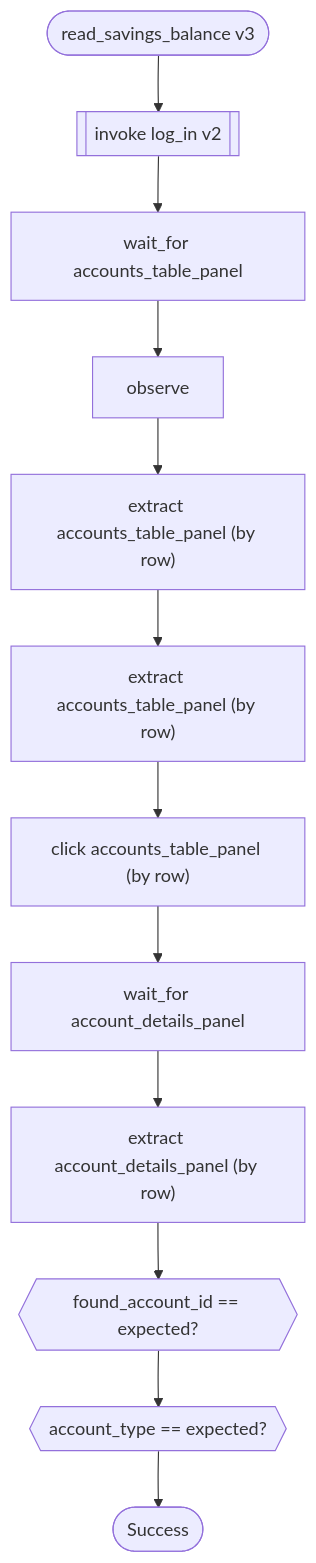
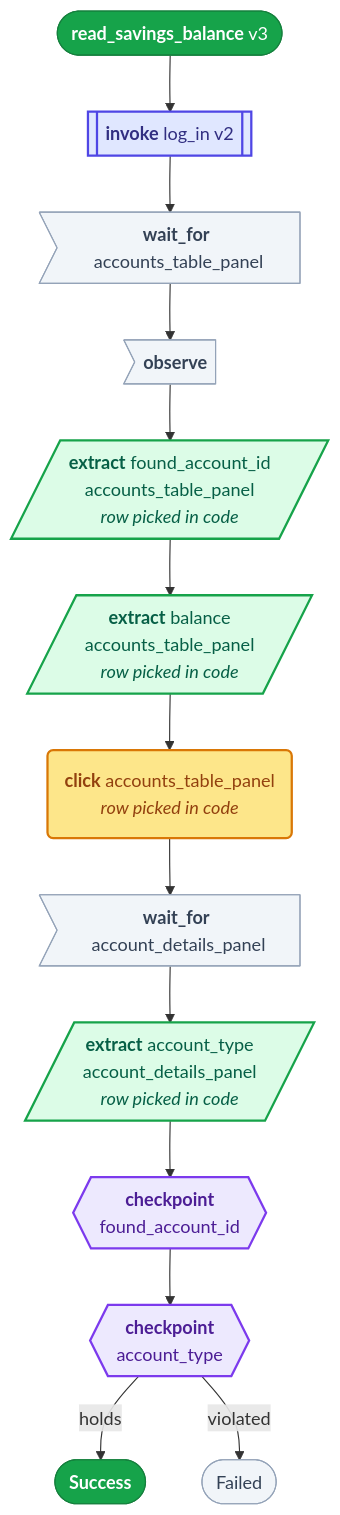
The first of 5 diagrams in CAPABILITIES.md (borisdev/ai_computer_use), drawn with Mermaid before and after one commit. The commit also changed other lines of this file and 4 other files, not shown here.

````diff
--- a/CAPABILITIES.md
+++ b/CAPABILITIES.md
@@ -38,26 +68,35 @@
 ```mermaid
 flowchart TD
-    start(["read_savings_balance v3"])
-    n0[["invoke log_in v2"]]
+    start(["<b>read_savings_balance</b> v3"]):::good
+    n0[["<b>invoke</b> log_in v2"]]:::invoke
     start --> n0
-    n1["wait_for accounts_table_panel"]
+    n1>"<b>wait_for</b> accounts_table_panel"]:::look
     n0 --> n1
-    n2["observe"]
+    n2>"<b>observe</b> "]:::look
     n1 --> n2
-    n3["extract accounts_table_panel (by row)"]
+    n3[/"<b>extract</b> found_account_id<br/>accounts_table_panel<br/><i>row picked in code</i>"/]:::read
     n2 --> n3
-    n4["extract accounts_table_panel (by row)"]
+    n4[/"<b>extract</b> balance<br/>accounts_table_panel<br/><i>row picked in code</i>"/]:::read
     n3 --> n4
-    n5["click accounts_table_panel (by row)"]
+    n5("<b>click</b> accounts_table_panel<br/><i>row picked in code</i>"):::act
     n4 --> n5
-    n6["wait_for account_details_panel"]
+    n6>"<b>wait_for</b> account_details_panel"]:::look
     n5 --> n6
-    n7["extract account_details_panel (by row)"]
+    n7[/"<b>extract</b> account_type<br/>account_details_panel<br/><i>row picked in code</i>"/]:::read
     n6 --> n7
-    chk0{{"found_account_id == expected?"}}
+    chk0{{"<b>checkpoint</b><br/>found_account_id"}}:::check
     n7 --> chk0
-    chk1{{"account_type == expected?"}}
+    chk1{{"<b>checkpoint</b><br/>account_type"}}:::check
     chk0 --> chk1
-    done(["Success"])
-    chk1 --> done
+    ok(["<b>Success</b>"]):::good
+    chk1 -- holds --> ok
+    bad(["Failed"]):::stop
+    chk1 -- violated --> bad
+    classDef invoke fill:#e0e7ff,stroke:#4f46e5,stroke-width:2px,color:#312e81;
+    classDef act fill:#fde68a,stroke:#d97706,stroke-width:2px,color:#92400e;
+    classDef look fill:#f1f5f9,stroke:#94a3b8,color:#334155;
+    classDef read fill:#dcfce7,stroke:#16a34a,stroke-width:2px,color:#065f46;
+    classDef check fill:#ede9fe,stroke:#7c3aed,stroke-width:2px,color:#4c1d95;
+    classDef good fill:#16a34a,stroke:#15803d,color:#ffffff;
+    classDef stop fill:#f1f5f9,stroke:#94a3b8,color:#334155;
 ```
````
